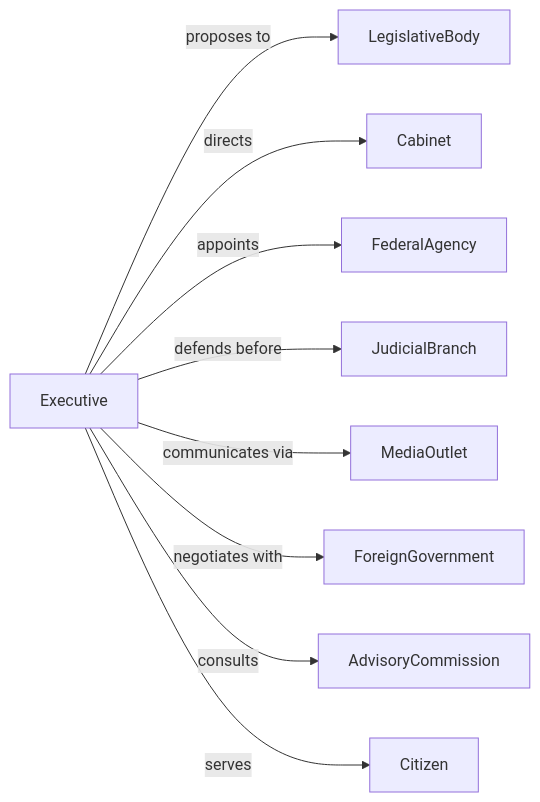
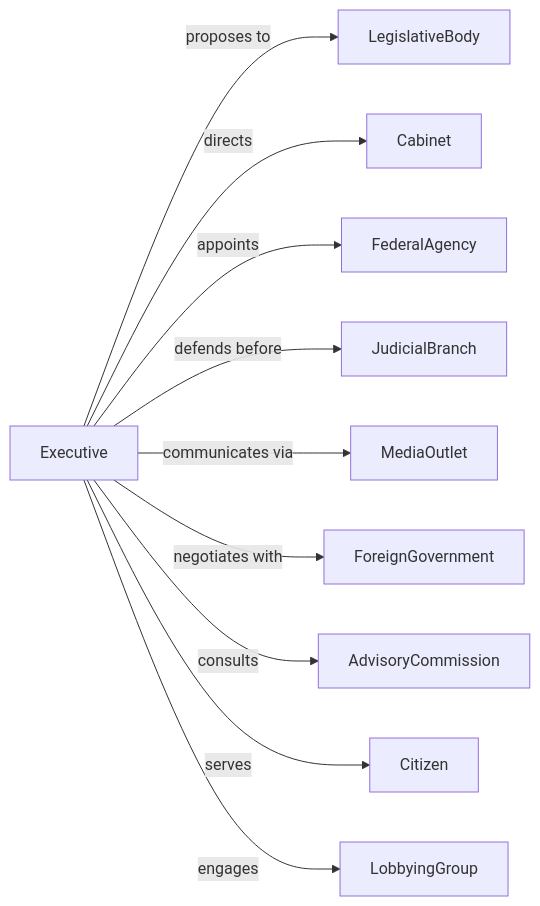
Before and after one commit to dot-org-ai/industries.org.ai: the second of 2 diagrams in PublicAdministration/ExecutiveLegislativeAndOtherGeneralGovernmentSupport/ExecutiveLegislativeAndOtherGeneralGovernmentSupport/ExecutiveOffices.mdx, drawn with Mermaid. The commit also changed 588 other files, not shown here.

````diff
--- a/PublicAdministration/ExecutiveLegislativeAndOtherGeneralGovernmentSupport/ExecutiveLegislativeAndOtherGeneralGovernmentSupport/ExecutiveOffices.mdx
+++ b/PublicAdministration/ExecutiveLegislativeAndOtherGeneralGovernmentSupport/ExecutiveLegislativeAndOtherGeneralGovernmentSupport/ExecutiveOffices.mdx
@@ -136,13 +136,14 @@
 ```mermaid
 graph LR
     E[Executive]
 
     E -->|proposes to| LegislativeBody
     E -->|directs| Cabinet
     E -->|appoints| FederalAgency
     E -->|defends before| JudicialBranch
     E -->|communicates via| MediaOutlet
     E -->|negotiates with| ForeignGovernment
     E -->|consults| AdvisoryCommission
     E -->|serves| Citizen
+    E -->|engages| LobbyingGroup
 ```
````
